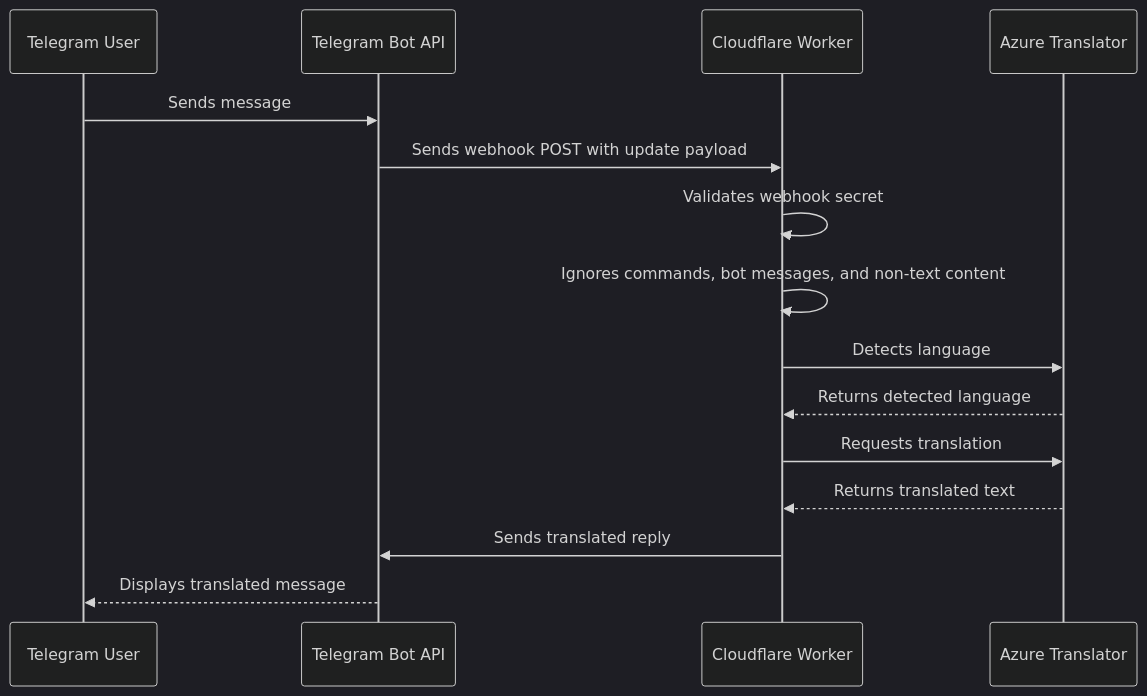
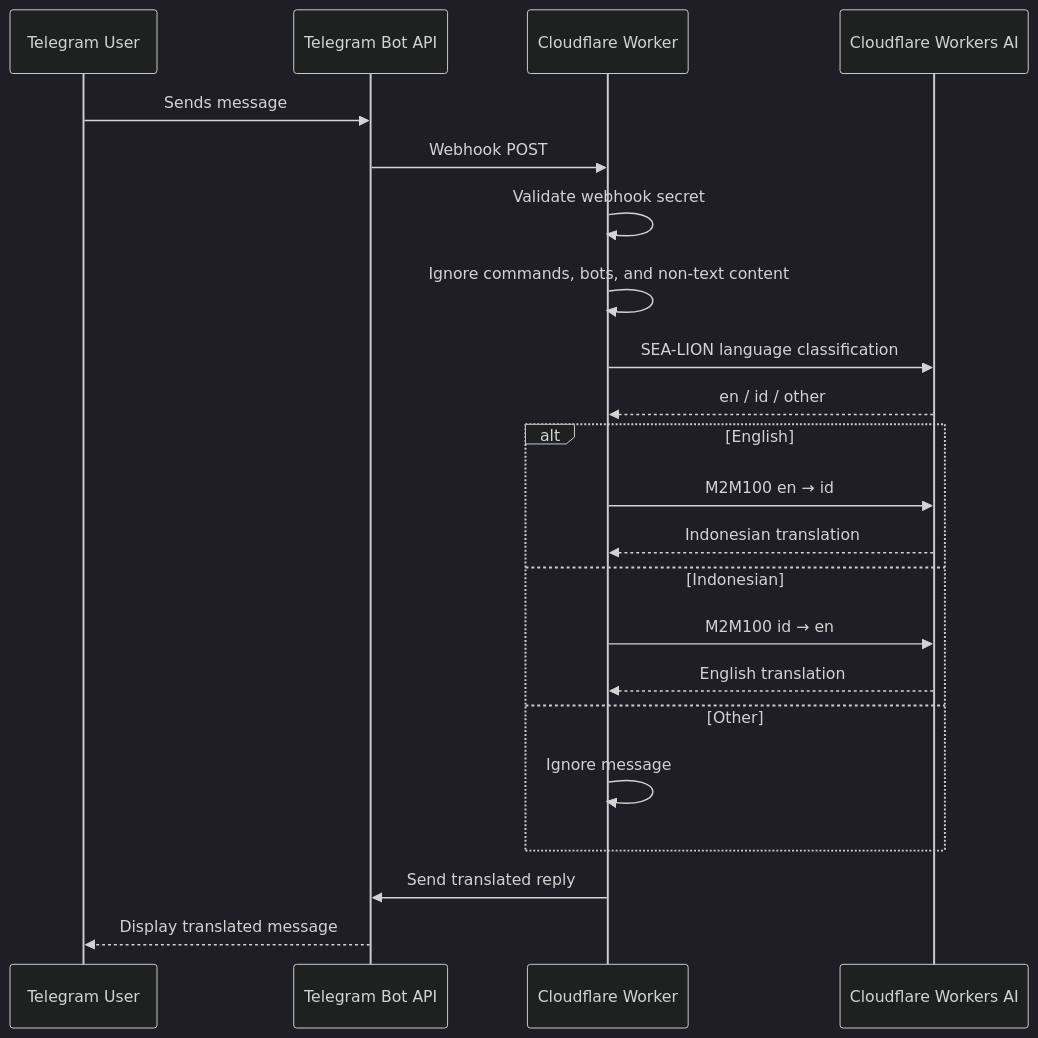
One commit to leongxudong/Cakap changed the diagram in docs/architecture.md. Above: the diagram before and after it, drawn with Mermaid (dark theme). The commit also changed other lines of this file, not shown here.

Commit message:
Update architecture for native Workers AI

````diff
--- a/docs/architecture.md
+++ b/docs/architecture.md
@@ -17,18 +19,25 @@
 ```mermaid
 sequenceDiagram
     participant U as Telegram User
     participant T as Telegram Bot API
     participant W as Cloudflare Worker
-    participant A as Azure Translator
+    participant AI as Cloudflare Workers AI
 
     U->>T: Sends message
-    T->>W: Sends webhook POST with update payload
-    W->>W: Validates webhook secret
-    W->>W: Ignores commands, bot messages, and non-text content
-    W->>A: Detects language
-    A-->>W: Returns detected language
-    W->>A: Requests translation
-    A-->>W: Returns translated text
-    W->>T: Sends translated reply
-    T-->>U: Displays translated message
+    T->>W: Webhook POST
+    W->>W: Validate webhook secret
+    W->>W: Ignore commands, bots, and non-text content
+    W->>AI: SEA-LION language classification
+    AI-->>W: en / id / other
+    alt English
+        W->>AI: M2M100 en → id
+        AI-->>W: Indonesian translation
+    else Indonesian
+        W->>AI: M2M100 id → en
+        AI-->>W: English translation
+    else Other
+        W->>W: Ignore message
+    end
+    W->>T: Send translated reply
+    T-->>U: Display translated message
 ```
````
